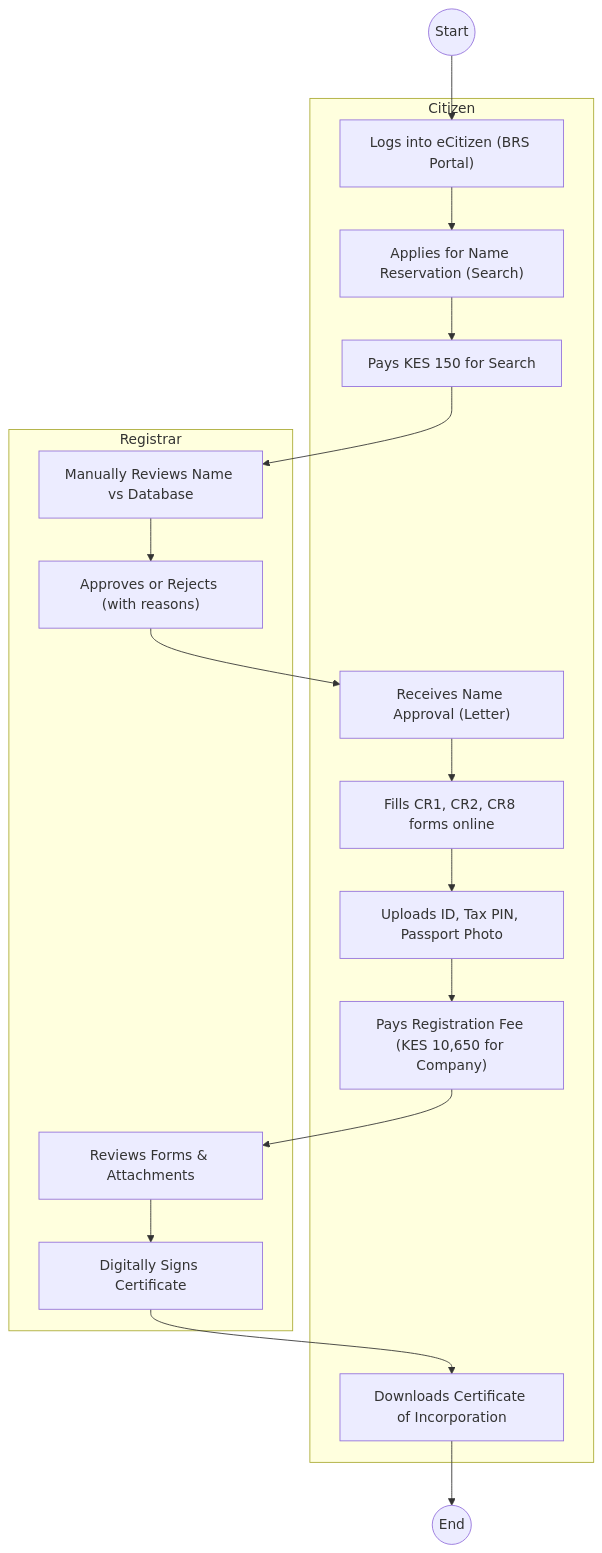
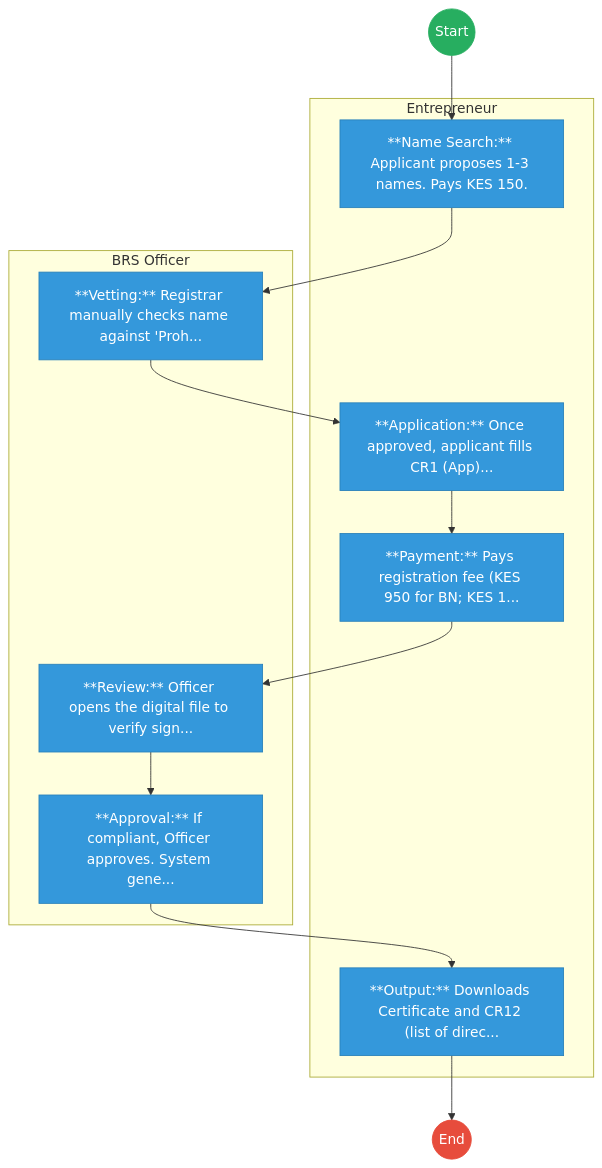
Before and after one commit to BITZ-IT-Consulting-LTD/ictapoc: the first of 2 diagrams in mdas/docs_final/Business_Registration_Service___Service_Delivery.md, drawn with Mermaid. The commit also changed other lines of this file and 461 other files, not shown here.

````diff
--- a/mdas/docs_final/Business_Registration_Service___Service_Delivery.md
+++ b/mdas/docs_final/Business_Registration_Service___Service_Delivery.md
@@ -20,33 +20,33 @@
 ```mermaid
 graph TD
     Start((Start)) --> S1
-    subgraph Entrepreneur [Citizen]
-        S1["Logs into eCitizen (BRS Portal)"]
-        S2["Applies for Name Reservation (Search)"]
-        S3["Pays KES 150 for Search"]
-        S6["Receives Name Approval (Letter)"]
-        S7["Fills CR1, CR2, CR8 forms online"]
-        S8["Uploads ID, Tax PIN, Passport Photo"]
-        S9["Pays Registration Fee (KES 10,650 for Company)"]
-        S12["Downloads Certificate of Incorporation"]
+
+    subgraph Entrepreneur [Entrepreneur]
+        S1["**Name Search:** Applicant proposes 1-3 names. Pays KES 150."]
+        S3["**Application:** Once approved, applicant fills CR1 (App)..."]
+        S4["**Payment:** Pays registration fee (KES 950 for BN; KES 1..."]
+        S7["**Output:** Downloads Certificate and CR12 (list of direc..."]
     end
-    subgraph BRSOfficer [Registrar]
-        S4["Manually Reviews Name vs Database"]
-        S5["Approves or Rejects (with reasons)"]
-        S10["Reviews Forms & Attachments"]
-        S11["Digitally Signs Certificate"]
+
+    subgraph BRS_Officer [BRS Officer]
+        S2["**Vetting:** Registrar manually checks name against 'Proh..."]
+        S5["**Review:** Officer opens the digital file to verify sign..."]
+        S6["**Approval:** If compliant, Officer approves. System gene..."]
     end
-    
     S1 --> S2
     S2 --> S3
     S3 --> S4
     S4 --> S5
     S5 --> S6
     S6 --> S7
-    S7 --> S8
-    S8 --> S9
-    S9 --> S10
-    S10 --> S11
-    S11 --> S12
-    S12 --> End((End))
+    S7 --> End((End))
+
+    classDef start fill:#27ae60,stroke:#27ae60,color:#fff;
+    classDef endNode fill:#e74c3c,stroke:#e74c3c,color:#fff;
+    classDef userTask fill:#3498db,stroke:#2980b9,color:#fff;
+    classDef serviceTask fill:#9b59b6,stroke:#8e44ad,color:#fff;
+
+    class Start start;
+    class End endNode;
+    class S1,S2,S3,S4,S5,S6,S7 userTask;
 ```
````
